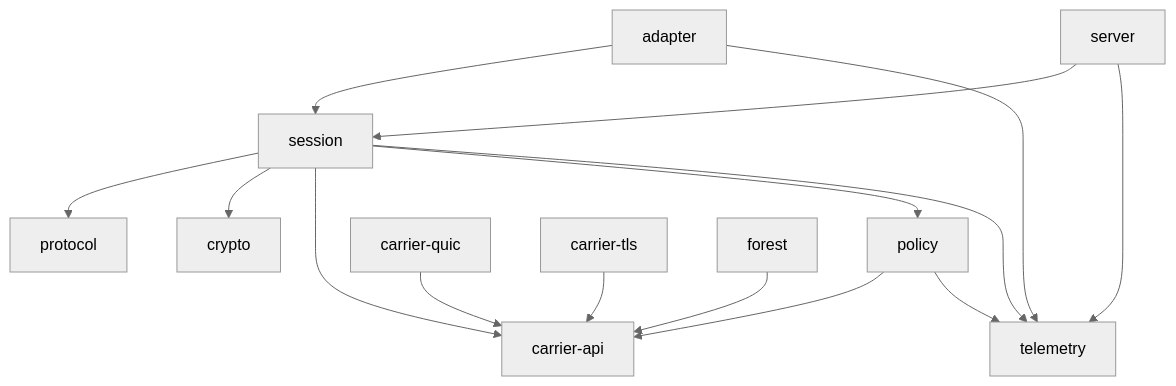
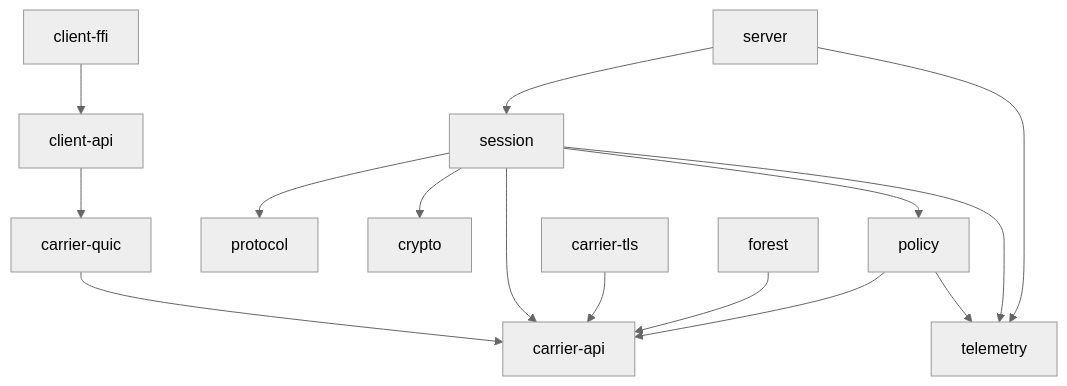
One commit to viloris-org/Velum changed the second of 4 diagrams in docs/architecture.md. Above: the diagram before and after it, drawn with Mermaid (neutral theme). The commit also changed other lines of this file and 95 other files, not shown here.

Commit message:
feat(client): replace CONNECT proxy with direct Flutter API

````diff
--- a/docs/architecture.md
+++ b/docs/architecture.md
@@ -46,17 +47,17 @@
 ```mermaid
 flowchart TD
-    adapter --> session
+    client-ffi --> client-api
+    client-api --> carrier-quic
     server --> session
     session --> protocol
     session --> crypto
     session --> carrier-api
     policy --> carrier-api
     session --> policy
     carrier-quic --> carrier-api
     carrier-tls --> carrier-api
     forest --> carrier-api
-    adapter --> telemetry
     server --> telemetry
     session --> telemetry
     policy --> telemetry
 ```
````
